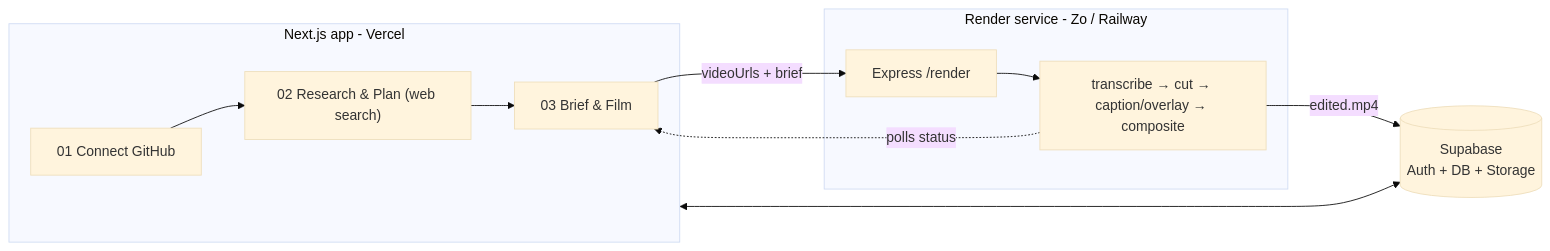
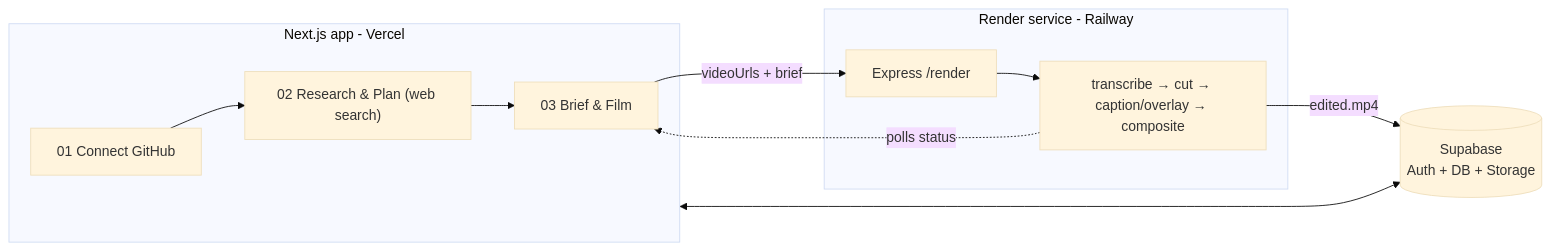
Before and after one commit to abel123code/proof: the diagram in README.md, drawn with Mermaid (base theme). The commit also changed other lines of this file and 4 other files, not shown here.

First line of the commit message:
docs: refresh README/ROADMAP/DECISIONS to current state

````diff
--- a/README.md
+++ b/README.md
@@ -27,20 +27,20 @@
 ```mermaid
 flowchart LR
   subgraph web [Next.js app - Vercel]
     connect["01 Connect GitHub"]
     research["02 Research & Plan (web search)"]
     brief["03 Brief & Film"]
   end
-  subgraph render [Render service - Zo / Railway]
+  subgraph render [Render service - Railway]
     api["Express /render"]
     job["transcribe → cut → caption/overlay → composite"]
   end
   supa[("Supabase\nAuth + DB + Storage")]
 
   connect --> research --> brief
   brief -- "videoUrls + brief" --> api
   api --> job
   job -- "edited.mp4" --> supa
   web <--> supa
   job -. "polls status" .-> brief
 ```
````
